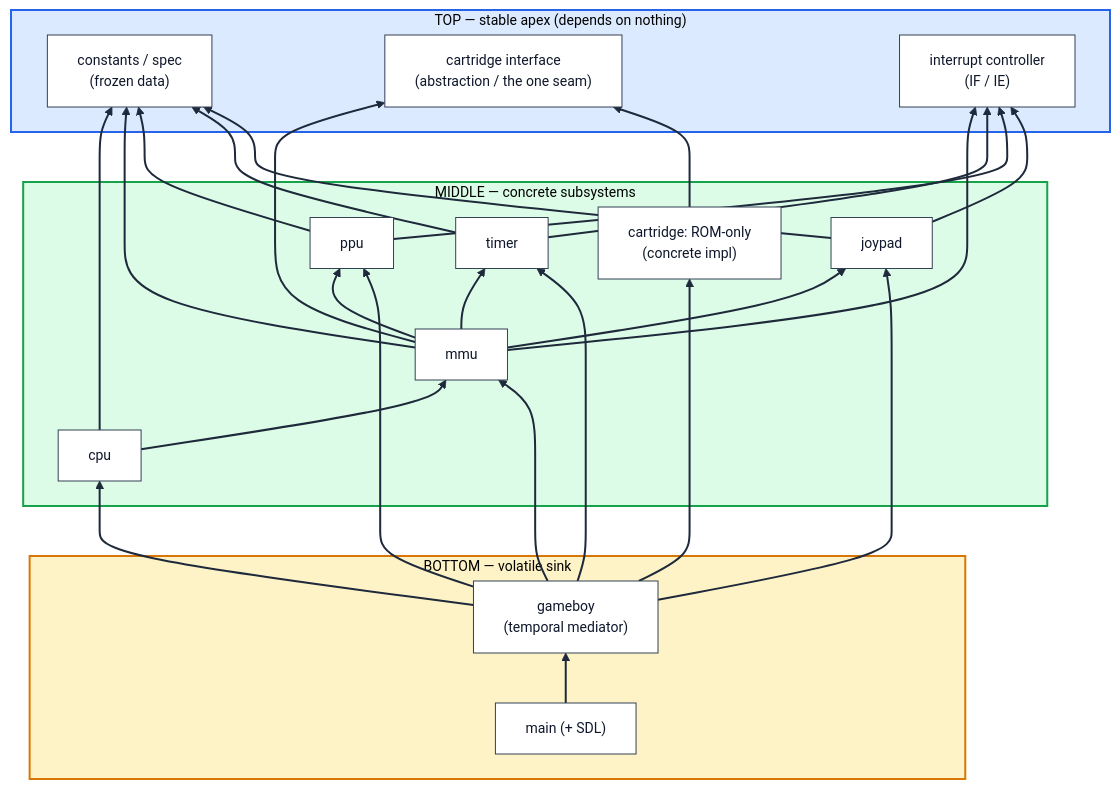
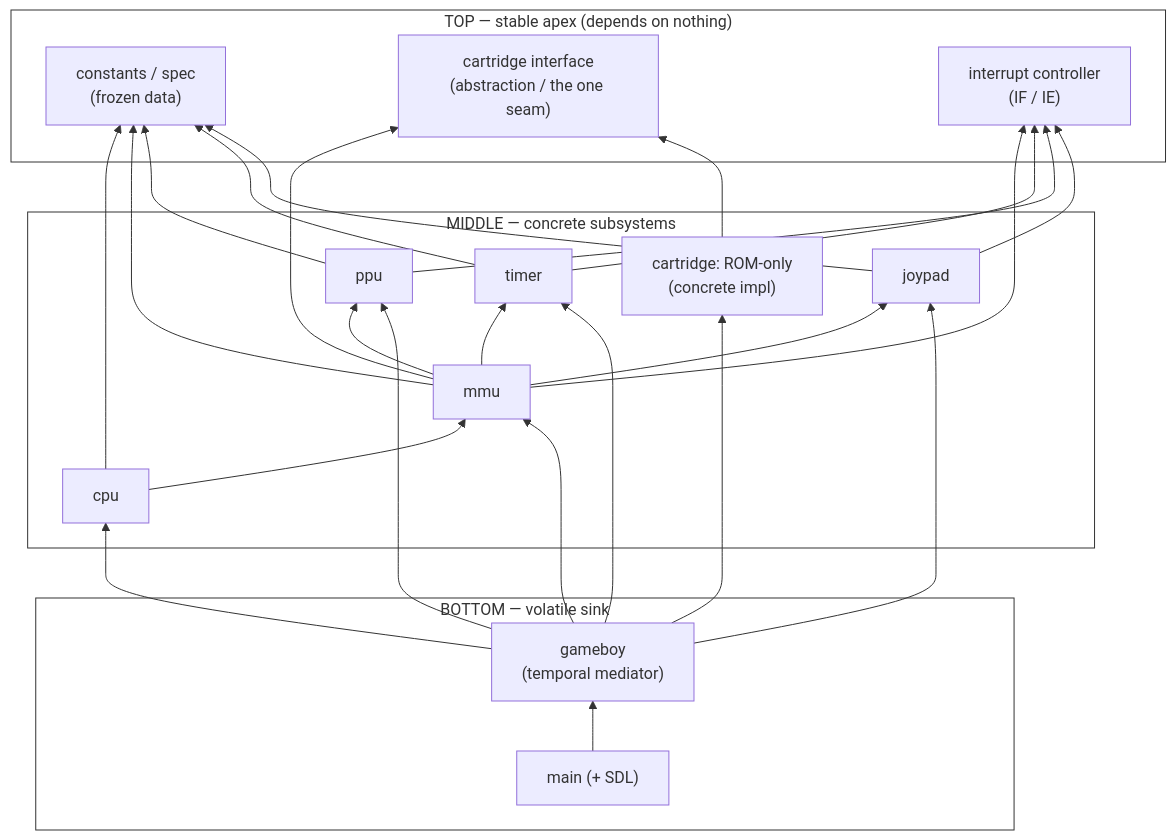
The first of 2 diagrams in docs/ARCHITECTURE.md (robbie55/gameboy-emulator), drawn with Mermaid before and after one commit.

Commit message:
Touch up to background color of diagram

````diff
--- a/docs/ARCHITECTURE.md
+++ b/docs/ARCHITECTURE.md
@@ -106,70 +106,63 @@
 ```mermaid
-%%{init: {'theme': 'base', 'themeVariables': {
-    'fontSize': '14px',
-    'clusterBkg': '#e9eef5', 'clusterBorder': '#64748b',
-    'primaryColor': '#ffffff', 'primaryBorderColor': '#334155',
-    'primaryTextColor': '#0f172a', 'lineColor': '#1e293b'
-}}}%%
 flowchart BT
     subgraph TOP["TOP — stable apex (depends on nothing)"]
         CONST["constants / spec<br/>(frozen data)"]
         CARTIF["cartridge interface<br/>(abstraction / the one seam)"]
         IRQ["interrupt controller<br/>(IF / IE)"]
     end
 
     subgraph MID["MIDDLE — concrete subsystems"]
         CPU["cpu"]
         MMU["mmu"]
         PPU["ppu"]
         TIM["timer"]
         JOY["joypad"]
         ROM["cartridge: ROM-only<br/>(concrete impl)"]
     end
 
     subgraph BOT["BOTTOM — volatile sink"]
         GB["gameboy<br/>(temporal mediator)"]
         MAIN["main (+ SDL)"]
     end
 
     %% data-bus spine (the one sanctioned lateral edge)
     CPU --> MMU
 
     %% mmu = data-bus mediator: depends on everything it routes to
     MMU --> CARTIF
     MMU --> PPU
     MMU --> TIM
     MMU --> JOY
     MMU --> IRQ
 
     %% interrupt sources raise into the controller
     TIM --> IRQ
     PPU --> IRQ
     JOY --> IRQ
 
     %% concrete cartridge implements the seam (inversion: concrete points up to abstraction)
     ROM --> CARTIF
 
     %% every concrete subsystem reads the frozen spec
     CPU --> CONST
     MMU --> CONST
     PPU --> CONST
     TIM --> CONST
     JOY --> CONST
 
     %% orchestrator depends on (owns + drives) all of MIDDLE
     GB --> CPU
     GB --> MMU
     GB --> PPU
     GB --> TIM
     GB --> JOY
     GB --> ROM
 
     %% process entry
     MAIN --> GB
 
-    %% --- styling: tinted layers + white nodes + bold edges so arrows read clearly ---
-    style TOP fill:#dbeafe,stroke:#2563eb,stroke-width:2px
-    style MID fill:#dcfce7,stroke:#16a34a,stroke-width:2px
-    style BOT fill:#fef3c7,stroke:#d97706,stroke-width:2px
-    linkStyle default stroke:#1e293b,stroke-width:2px
+    %% layer separators: transparent fill, just a labelled divider line — no background bands
+    style TOP fill:none,stroke:#333,stroke-width:1px
+    style MID fill:none,stroke:#333,stroke-width:1px
+    style BOT fill:none,stroke:#333,stroke-width:1px
 ```
````
